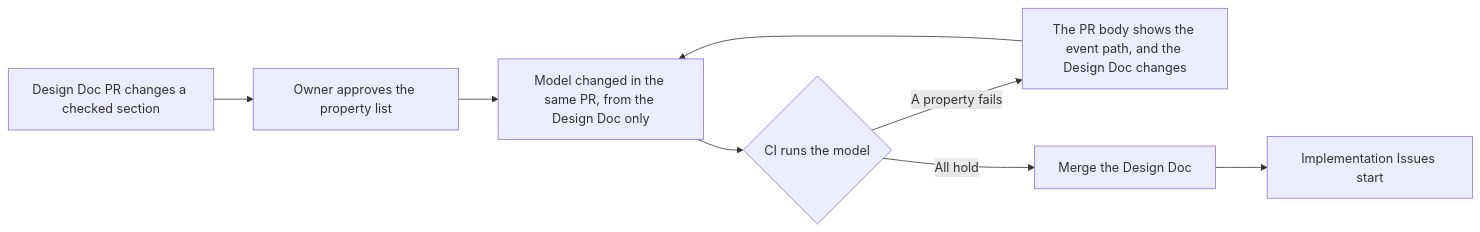
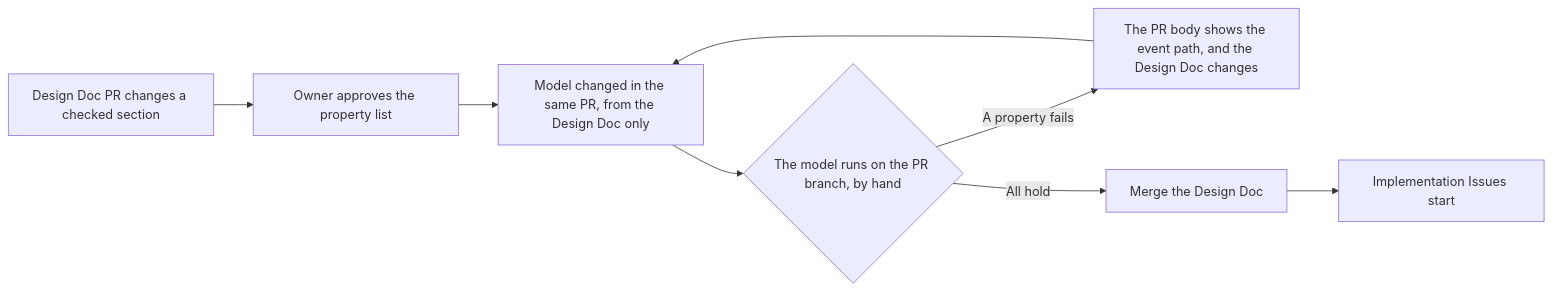
Before and after one commit to maro114510/skills: the diagram in docs/design/design-verification.md, drawn with Mermaid. The commit also changed other lines of this file and 1 other file, not shown here.

Commit message:
ci(formal): stop running the orchestrate-epic model on pull requests (#1103)
- The build takes about 10 minutes on every pull request that touches a checked path, and it is not a required check
- The model still runs after a push to main and on demand for a pull request branch

````diff
--- a/docs/design/design-verification.md
+++ b/docs/design/design-verification.md
@@ -56,10 +56,10 @@
 ```mermaid
 flowchart LR
   A["Design Doc PR changes a checked section"] --> B["Owner approves the property list"]
   B --> C["Model changed in the same PR, from the Design Doc only"]
-  C --> D{"CI runs the model"}
+  C --> D{"The model runs on the PR branch, by hand"}
   D -->|"A property fails"| E["The PR body shows the event path, and the Design Doc changes"]
   E --> C
   D -->|"All hold"| F["Merge the Design Doc"]
   F --> G["Implementation Issues start"]
 ```
````
